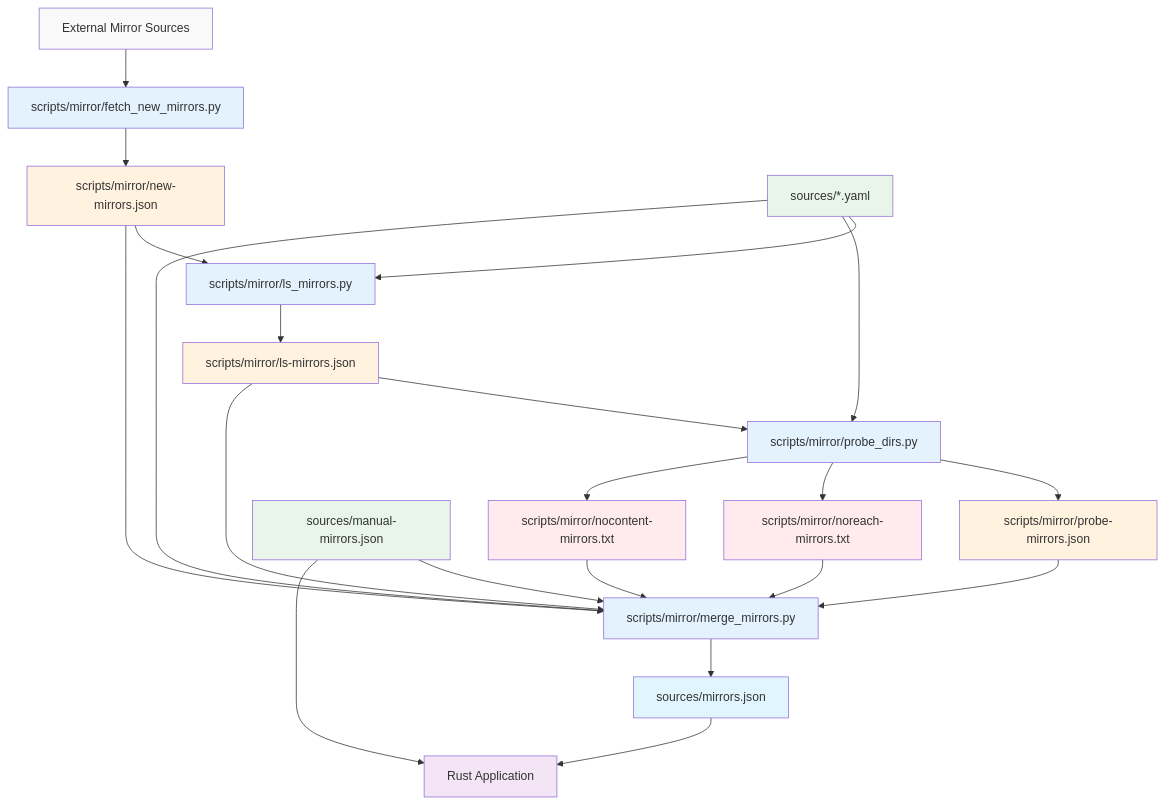
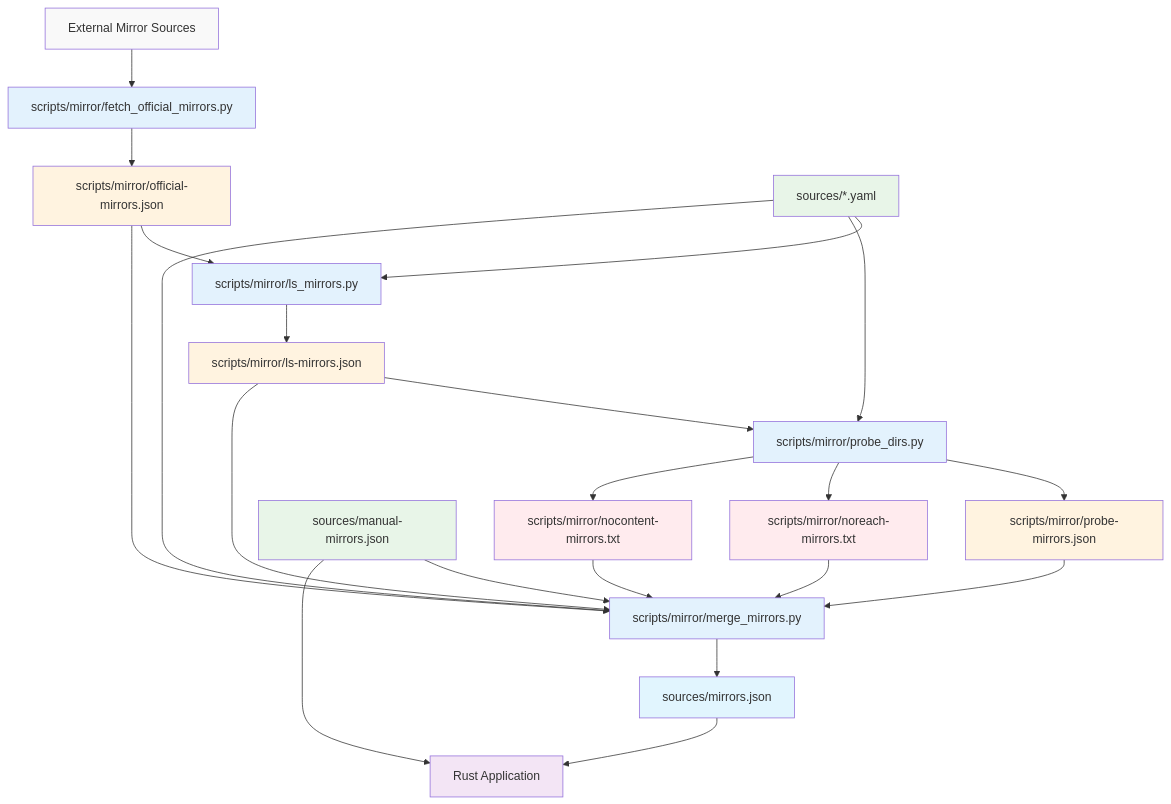
The first of 6 diagrams in scripts/mirror/usage.md (xiaobingling93-pixel/openeuler-epkg), drawn with Mermaid before and after one commit. The commit also changed other lines of this file and 34 other files, not shown here.

````diff
--- a/scripts/mirror/usage.md
+++ b/scripts/mirror/usage.md
@@ -30,48 +203,48 @@
 ```mermaid
 graph TB
-    A[External Mirror Sources] --> B[scripts/mirror/fetch_new_mirrors.py]
-    B --> C[scripts/mirror/new-mirrors.json]
+    A[External Mirror Sources] --> B[scripts/mirror/fetch_official_mirrors.py]
+    B --> C[scripts/mirror/official-mirrors.json]
 
     C --> D[scripts/mirror/ls_mirrors.py]
     D --> E[scripts/mirror/ls-mirrors.json]
 
     E --> F[scripts/mirror/probe_dirs.py]
     F --> G[scripts/mirror/probe-mirrors.json]
     F --> H[scripts/mirror/noreach-mirrors.txt]
     F --> I[scripts/mirror/nocontent-mirrors.txt]
 
     J[sources/manual-mirrors.json] --> K[scripts/mirror/merge_mirrors.py]
     C --> K
     E --> K
     G --> K
     H --> K
     I --> K
 
     K --> L[sources/mirrors.json]
     L --> M[Rust Application]
     J --> M
 
     N[sources/*.yaml] --> D
     N --> F
     N --> K
 
     %% Color coding by file type
     style A fill:#f9f9f9,color:#333    %% External sources
     style B fill:#e3f2fd,color:#1976d2  %% Python scripts
     style D fill:#e3f2fd,color:#1976d2  %% Python scripts
     style F fill:#e3f2fd,color:#1976d2  %% Python scripts
     style K fill:#e3f2fd,color:#1976d2  %% Python scripts
 
     style C fill:#fff3e0,color:#f57c00  %% JSON processing files
     style E fill:#fff3e0,color:#f57c00  %% JSON processing files
     style G fill:#fff3e0,color:#f57c00  %% JSON processing files
 
     style H fill:#ffebee,color:#d32f2f  %% Error/blacklist files
     style I fill:#ffebee,color:#d32f2f  %% Error/blacklist files
 
     style J fill:#e8f5e8,color:#388e3c  %% Manual config files
     style N fill:#e8f5e8,color:#388e3c  %% Config files
 
     style L fill:#e1f5fe,color:#0277bd  %% Final output
     style M fill:#f3e5f5,color:#7b1fa2  %% Rust application
 ```
````
